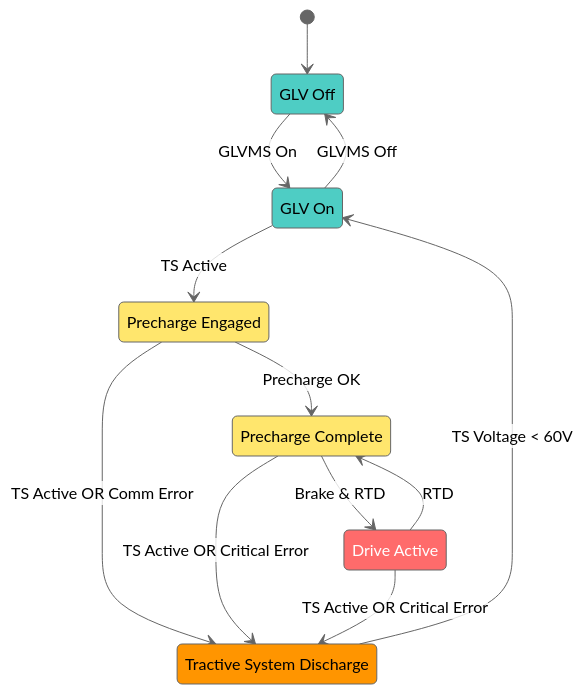
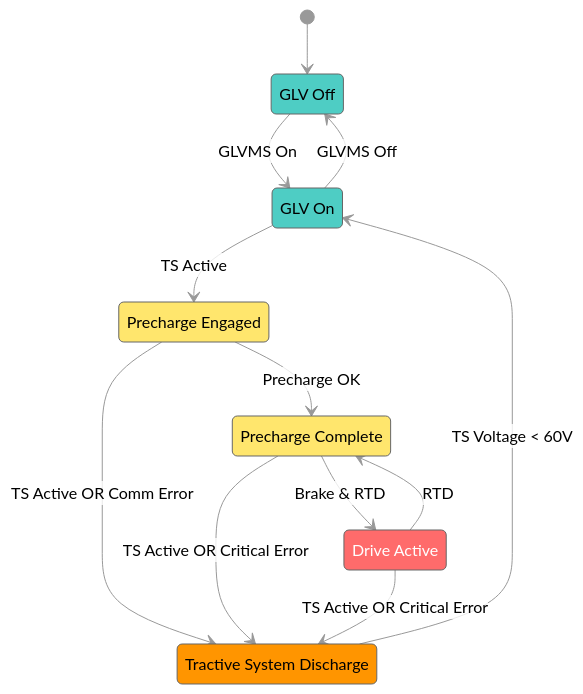
One commit to Gaucho-Racing/Firmware changed the diagram in Lib/GlobalShare/StateMachine.md. Above: the diagram before and after it, drawn with Mermaid.

Commit message:
Fix arrow color

````diff
--- a/Lib/GlobalShare/StateMachine.md
+++ b/Lib/GlobalShare/StateMachine.md
@@ -9,68 +9,68 @@
 ```mermaid
 %%{init: {
   'theme': 'base',
   'themeVariables': {
     'primaryColor': '#ff6b6b',
     'primaryTextColor': '#000000',
-    'primaryBorderColor': '#666666',
-    'lineColor': '#666666',
+    'primaryBorderColor': '#999999',
+    'lineColor': '#999999',
     'edgeLabelBackground': 'rgba(255,255,255,0.8)',
-    'transitionColor': '#666666',
+    'transitionColor': '#999999',
     'transitionLabelColor': '#000000',
     'secondaryColor': '#4ecdc4',
     'tertiaryColor': '#ffe66d',
     'background': 'transparent',
     'mainBkg': 'transparent',
     'secondBkg': 'transparent',
     'tertiaryBkg': 'transparent'
   }
 }}%%
 
 stateDiagram
 
     [*] --> GLV_Off
 
     %% Main horizontal flow (top row)
     GLV_Off --> GLV_On : GLVMS On
     GLV_On --> GLV_Off : GLVMS Off
     GLV_On --> Precharge_Engaged : TS Active
     Precharge_Engaged --> Precharge_Complete : Precharge OK
     Precharge_Complete --> Drive_Active : Brake & RTD
 
     %% Normal Operation Cycle (horizontal)
     Drive_Active --> Precharge_Complete : RTD
 
     %% Discharge state positioned below
     GLV_Off
     GLV_On
     Precharge_Engaged
     Precharge_Complete
     Drive_Active
     Tractive_System_Discharge
 
     %% Downward transitions to discharge
     Precharge_Engaged --> Tractive_System_Discharge : TS Active OR Comm Error
     Precharge_Complete --> Tractive_System_Discharge : TS Active OR Critical Error
     Drive_Active --> Tractive_System_Discharge : TS Active OR Critical Error
 
     %% Return upward from discharge
     Tractive_System_Discharge --> GLV_On : TS Voltage < 60V
 
     %% State Descriptions
     GLV_Off : GLV Off
     GLV_On : GLV On
     Precharge_Engaged : Precharge Engaged
     Precharge_Complete : Precharge Complete
     Drive_Active : Drive Active
     Tractive_System_Discharge : Tractive System Discharge
 
     classDef safeState fill:#4ecdc4,stroke:#666666,stroke-width:1px,color:#000
     classDef hvState fill:#ff6b6b,stroke:#666666,stroke-width:1px,color:#fff
     classDef transitionState fill:#ffe66d,stroke:#666666,stroke-width:1px,color:#000
     classDef dischargeState fill:#ff9500,stroke:#666666,stroke-width:1px,color:#000
 
     class GLV_Off,GLV_On safeState
     class Drive_Active hvState
     class Precharge_Engaged,Precharge_Complete transitionState
     class Tractive_System_Discharge dischargeState
 ```
````
